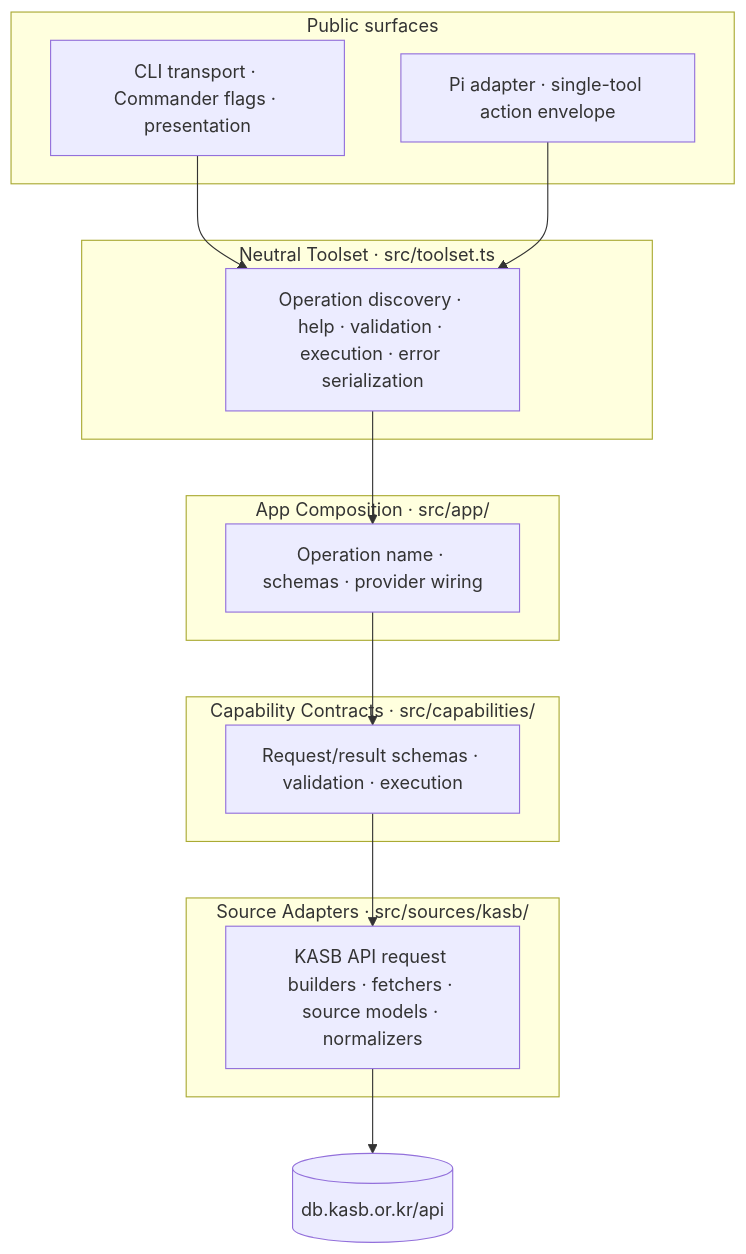
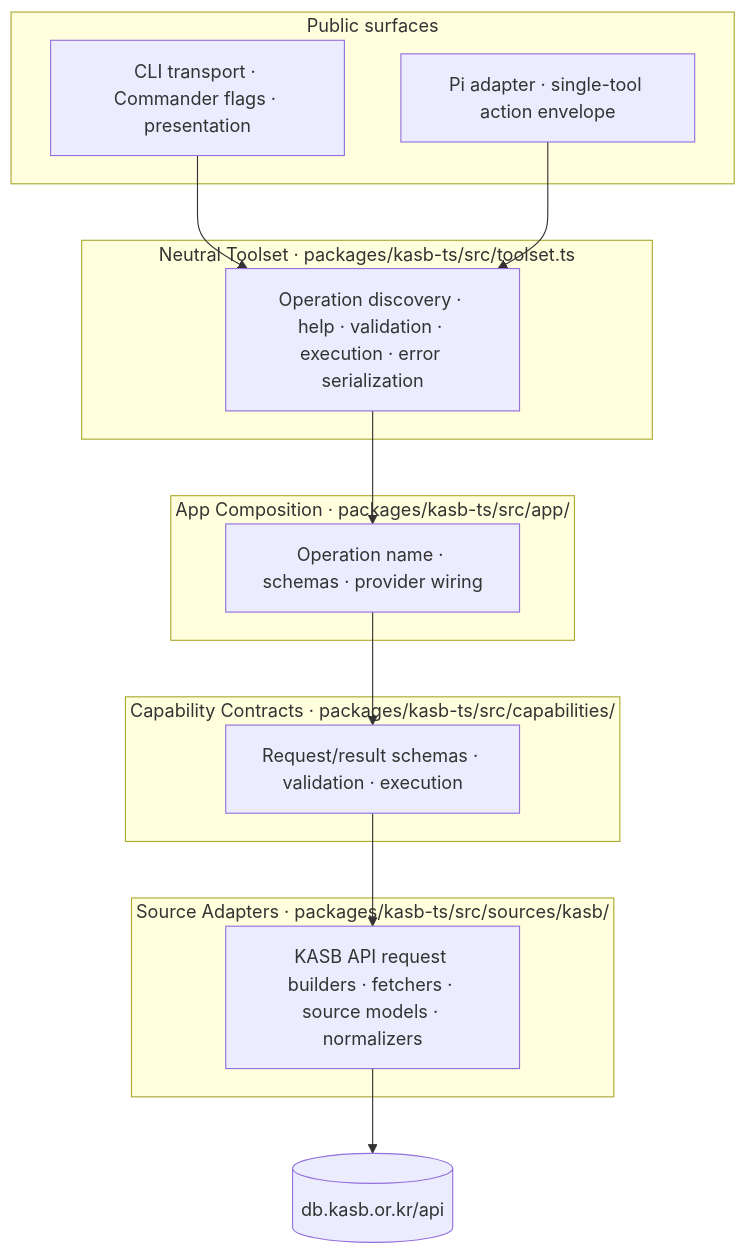
One commit to cpaikr/kasb changed the second of 3 diagrams in ARCHITECTURE.md. Above: the diagram before and after it, drawn with Mermaid. The commit also changed other lines of this file and 98 other files, not shown here.

````diff
--- a/ARCHITECTURE.md
+++ b/ARCHITECTURE.md
@@ -63,30 +60,30 @@
 ```mermaid
 graph TD
     subgraph Host["Public surfaces"]
         CMD["CLI transport · Commander flags · presentation"]
         PI["Pi adapter · single-tool action envelope"]
     end
 
-    subgraph Toolset["Neutral Toolset · src/toolset.ts"]
+    subgraph Toolset["Neutral Toolset · packages/kasb-ts/src/toolset.ts"]
         TOOL["Operation discovery · help · validation · execution · error serialization"]
     end
 
-    subgraph App["App Composition · src/app/"]
+    subgraph App["App Composition · packages/kasb-ts/src/app/"]
         APP["Operation name · schemas · provider wiring"]
     end
 
-    subgraph Cap["Capability Contracts · src/capabilities/"]
+    subgraph Cap["Capability Contracts · packages/kasb-ts/src/capabilities/"]
         CAP["Request/result schemas · validation · execution"]
     end
 
-    subgraph Src["Source Adapters · src/sources/kasb/"]
+    subgraph Src["Source Adapters · packages/kasb-ts/src/sources/kasb/"]
         SRC["KASB API request builders · fetchers · source models · normalizers"]
     end
 
     CMD --> TOOL
     PI --> TOOL
     TOOL --> APP
     APP --> CAP
     CAP --> SRC
     SRC --> KASB[("db.kasb.or.kr/api")]
 ```
````
